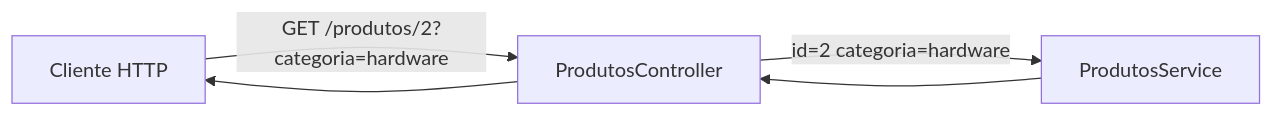
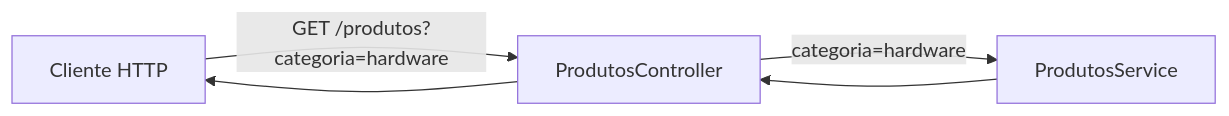
Before and after one commit to luciano-alexandre/desen-web-backend: the first of 2 diagrams in docs/encontros/encontro-06.md, drawn with Mermaid. The commit also changed other lines of this file, not shown here.

````diff
--- a/docs/encontros/encontro-06.md
+++ b/docs/encontros/encontro-06.md
@@ -262,7 +262,7 @@
 ```mermaid
 flowchart LR
-    C[Cliente HTTP] -->|GET /produtos/2?categoria=hardware| CT[ProdutosController]
-    CT -->|id=2 categoria=hardware| SV[ProdutosService]
+    C[Cliente HTTP] -->|GET /produtos?categoria=hardware| CT[ProdutosController]
+    CT -->|categoria=hardware| SV[ProdutosService]
     SV --> CT
     CT --> C
 ```
````
